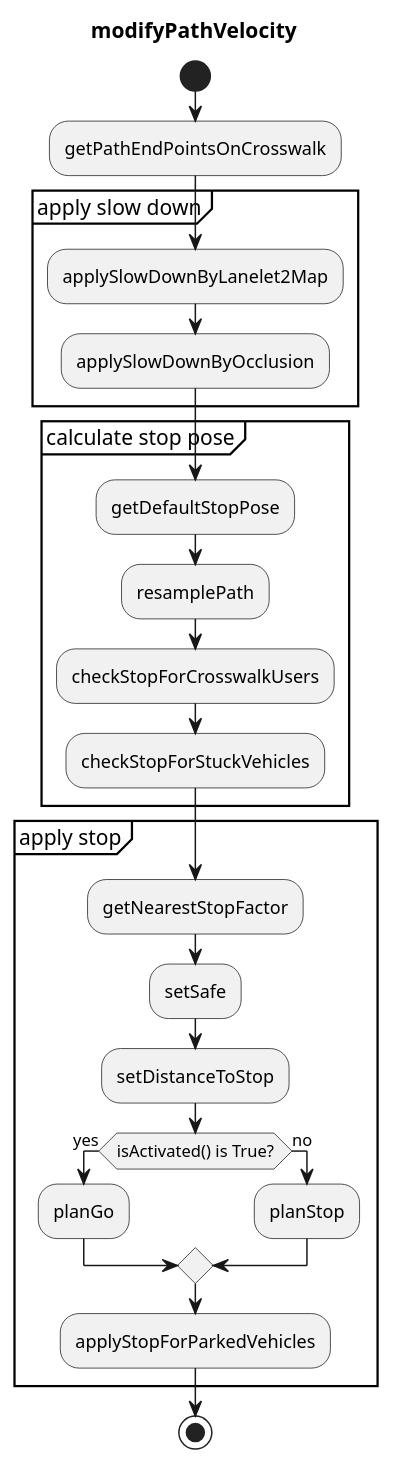
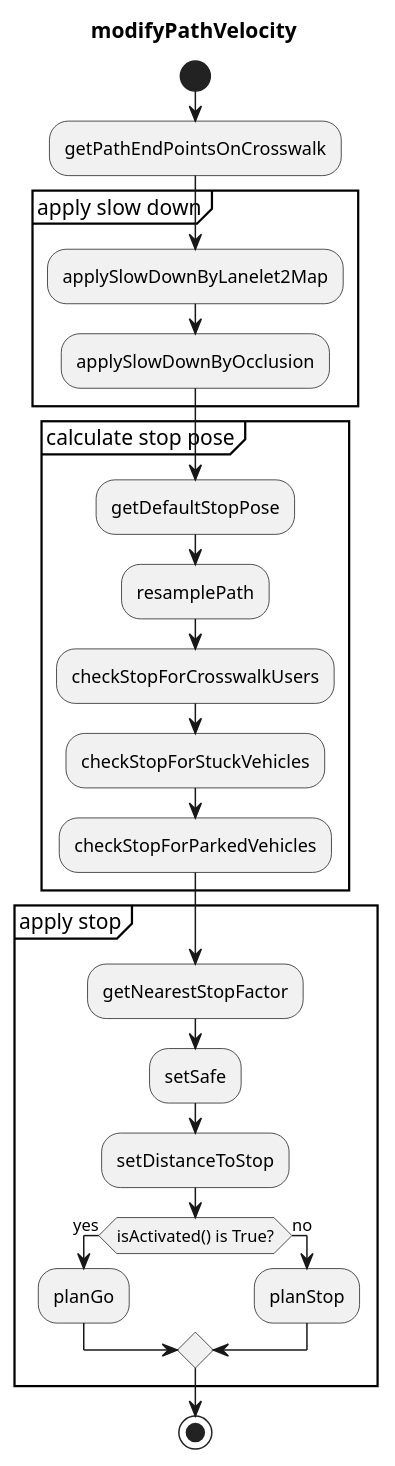
Before and after one commit to tier4/autoware_universe: the first of 2 diagrams in planning/behavior_velocity_planner/autoware_behavior_velocity_crosswalk_module/README.md, drawn with PlantUML. The commit also changed other lines of this file, not shown here.

````diff
--- a/planning/behavior_velocity_planner/autoware_behavior_velocity_crosswalk_module/README.md
+++ b/planning/behavior_velocity_planner/autoware_behavior_velocity_crosswalk_module/README.md
@@ -13,31 +13,31 @@
 ```plantuml
 @startuml
 
 title modifyPathVelocity
 start
 :getPathEndPointsOnCrosswalk;
 group apply slow down
   :applySlowDownByLanelet2Map;
   :applySlowDownByOcclusion;
 end group
 group calculate stop pose
   :getDefaultStopPose;
   :resamplePath;
   :checkStopForCrosswalkUsers;
   :checkStopForStuckVehicles;
+  :checkStopForParkedVehicles;
 end group
 group apply stop
   :getNearestStopFactor;
   :setSafe;
   :setDistanceToStop;
 
   if (isActivated() is True?) then (yes)
     :planGo;
   else (no)
     :planStop;
   endif
-  :applyStopForParkedVehicles;
 end group
 stop
 @enduml
 ```
````
